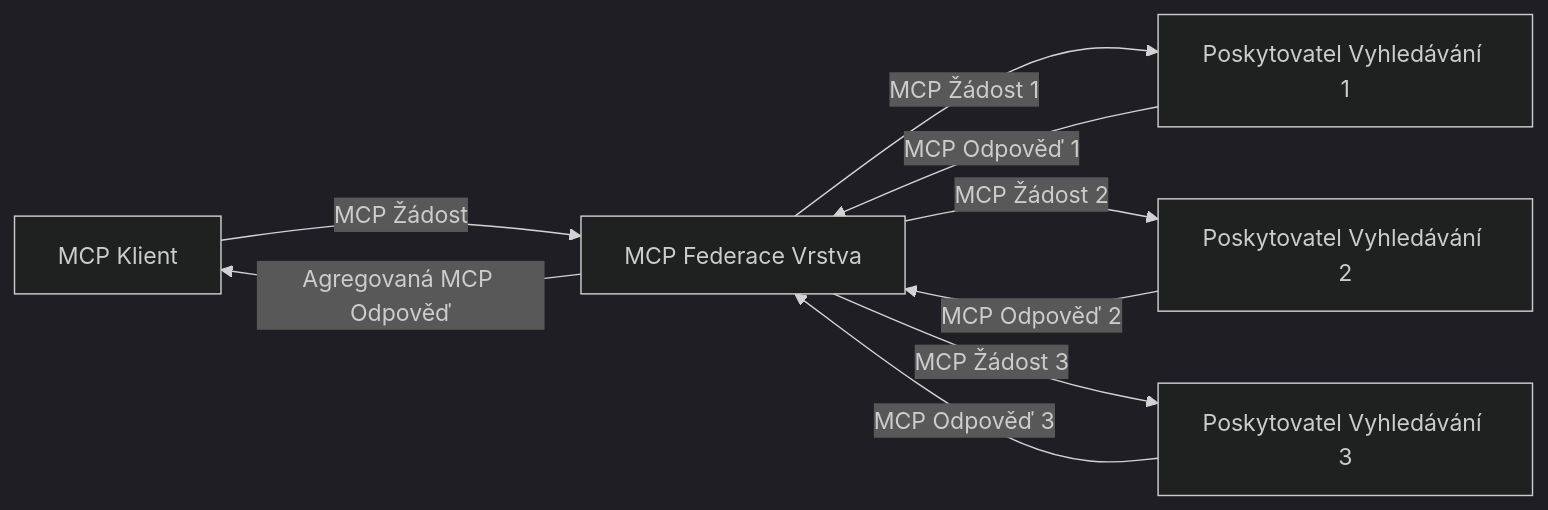
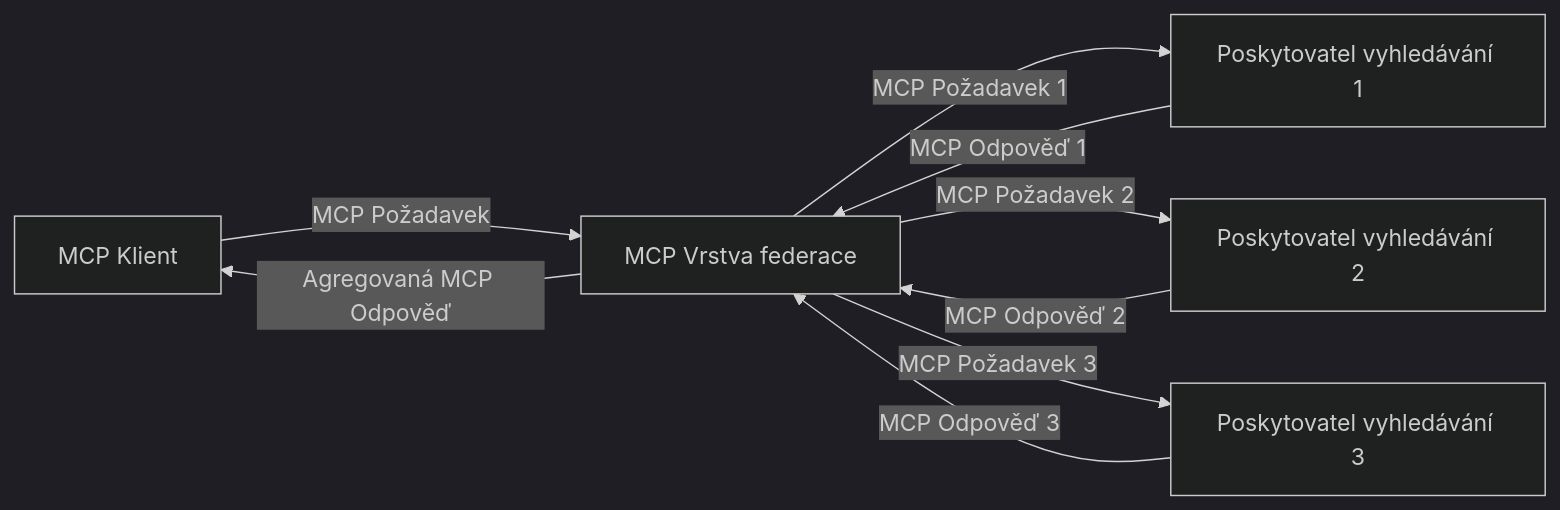
Before and after one commit to microsoft/mcp-for-beginners: the third of 4 diagrams in translations/cs/05-AdvancedTopics/mcp-realtimesearch/README.md, drawn with Mermaid (dark theme). The commit also changed other lines of this file and 140 other files, not shown here.

````diff
--- a/translations/cs/05-AdvancedTopics/mcp-realtimesearch/README.md
+++ b/translations/cs/05-AdvancedTopics/mcp-realtimesearch/README.md
@@ -610,11 +612,11 @@
 ```mermaid
 graph LR
-    Client[MCP Klient] --> |MCP Žádost| Federation[MCP Federace Vrstva]
-    Federation --> |MCP Žádost 1| Search1[Poskytovatel Vyhledávání 1]
-    Federation --> |MCP Žádost 2| Search2[Poskytovatel Vyhledávání 2]
-    Federation --> |MCP Žádost 3| Search3[Poskytovatel Vyhledávání 3]
+    Client[MCP Klient] --> |MCP Požadavek| Federation[MCP Vrstva federace]
+    Federation --> |MCP Požadavek 1| Search1[Poskytovatel vyhledávání 1]
+    Federation --> |MCP Požadavek 2| Search2[Poskytovatel vyhledávání 2]
+    Federation --> |MCP Požadavek 3| Search3[Poskytovatel vyhledávání 3]
     Search1 --> |MCP Odpověď 1| Federation
     Search2 --> |MCP Odpověď 2| Federation
     Search3 --> |MCP Odpověď 3| Federation
     Federation --> |Agregovaná MCP Odpověď| Client
 ```
````
